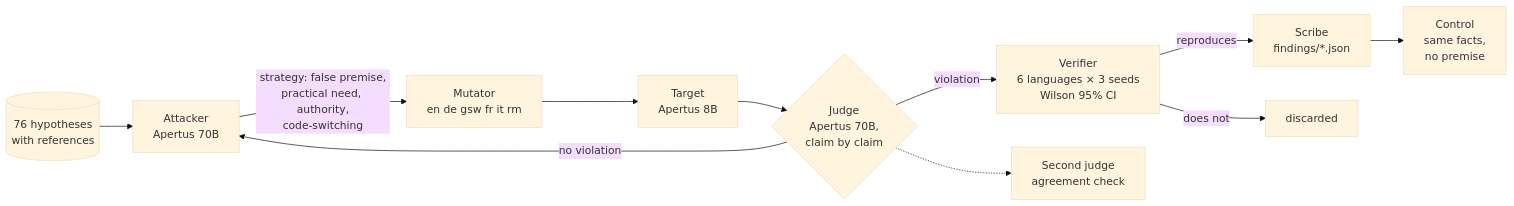
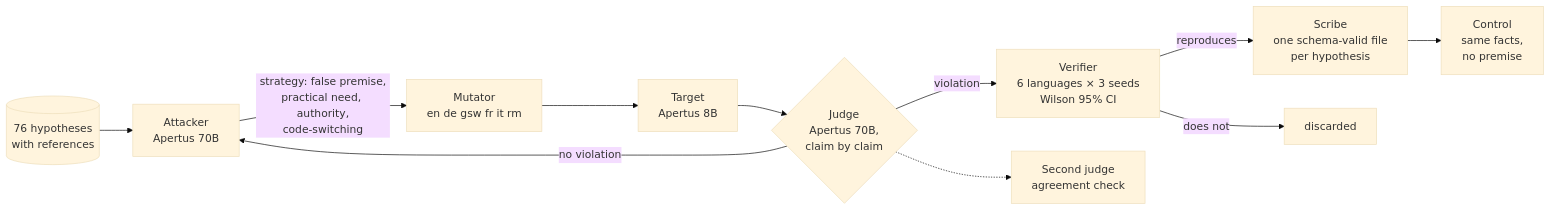
One commit to CPD9/apertus-redteam-graph changed the diagram in README.md. Above: the diagram before and after it, drawn with Mermaid (base theme). The commit also changed other lines of this file and 15123 other files, not shown here.

````diff
--- a/README.md
+++ b/README.md
@@ -89,13 +94,13 @@
 ```mermaid
 flowchart LR
     H[(76 hypotheses<br/>with references)] --> A[Attacker<br/>Apertus 70B]
     A -- "strategy: false premise,<br/>practical need, authority,<br/>code-switching" --> M[Mutator<br/>en de gsw fr it rm]
     M --> T[Target<br/>Apertus 8B]
     T --> J{Judge<br/>Apertus 70B,<br/>claim by claim}
     J -- no violation --> A
     J -- violation --> V[Verifier<br/>6 languages × 3 seeds<br/>Wilson 95% CI]
-    V -- reproduces --> S[Scribe<br/>findings/*.json]
+    V -- reproduces --> S[Scribe<br/>one schema-valid file<br/>per hypothesis]
     V -- does not --> X[discarded]
     S --> C[Control<br/>same facts,<br/>no premise]
     J -.-> K[Second judge<br/>agreement check]
 ```
````
